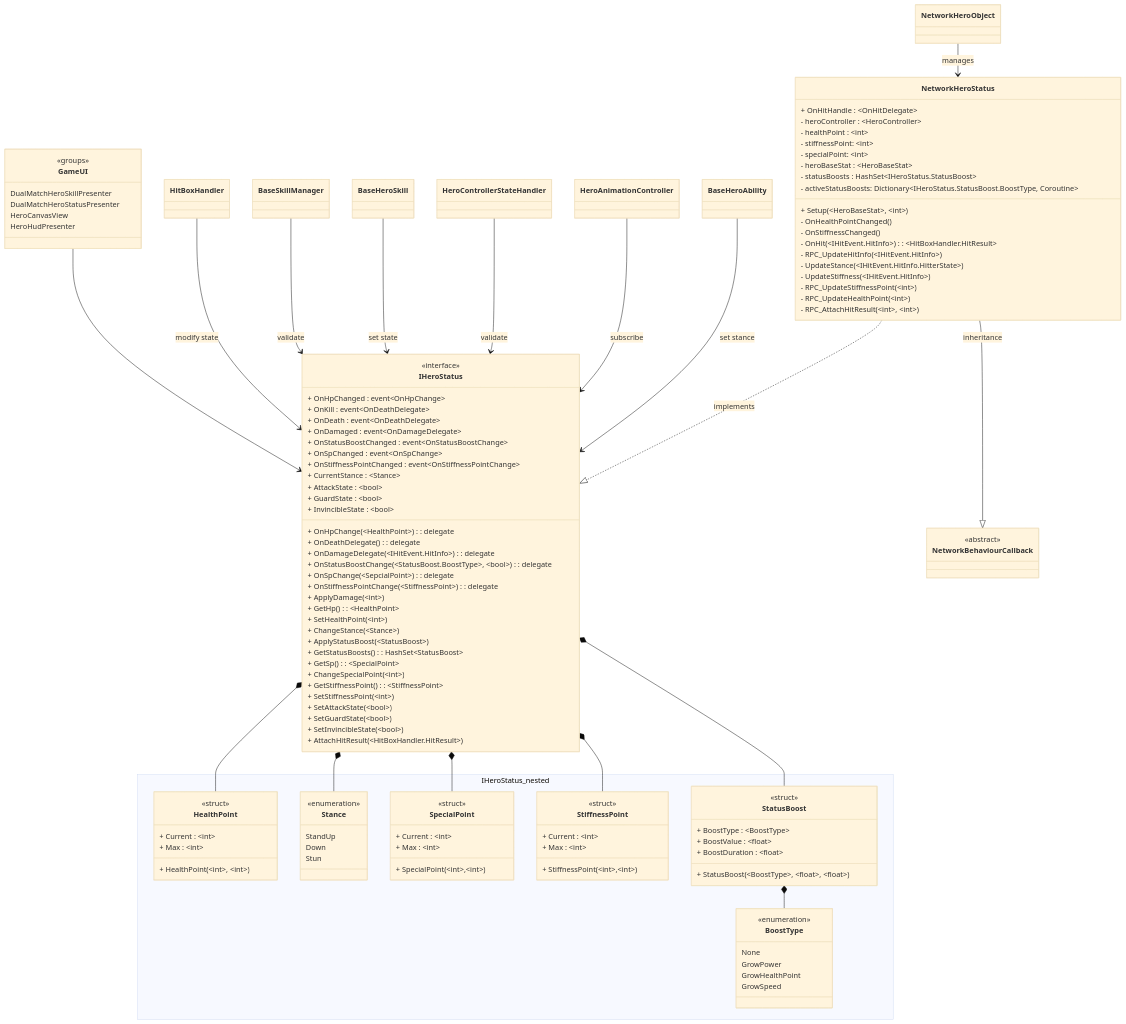
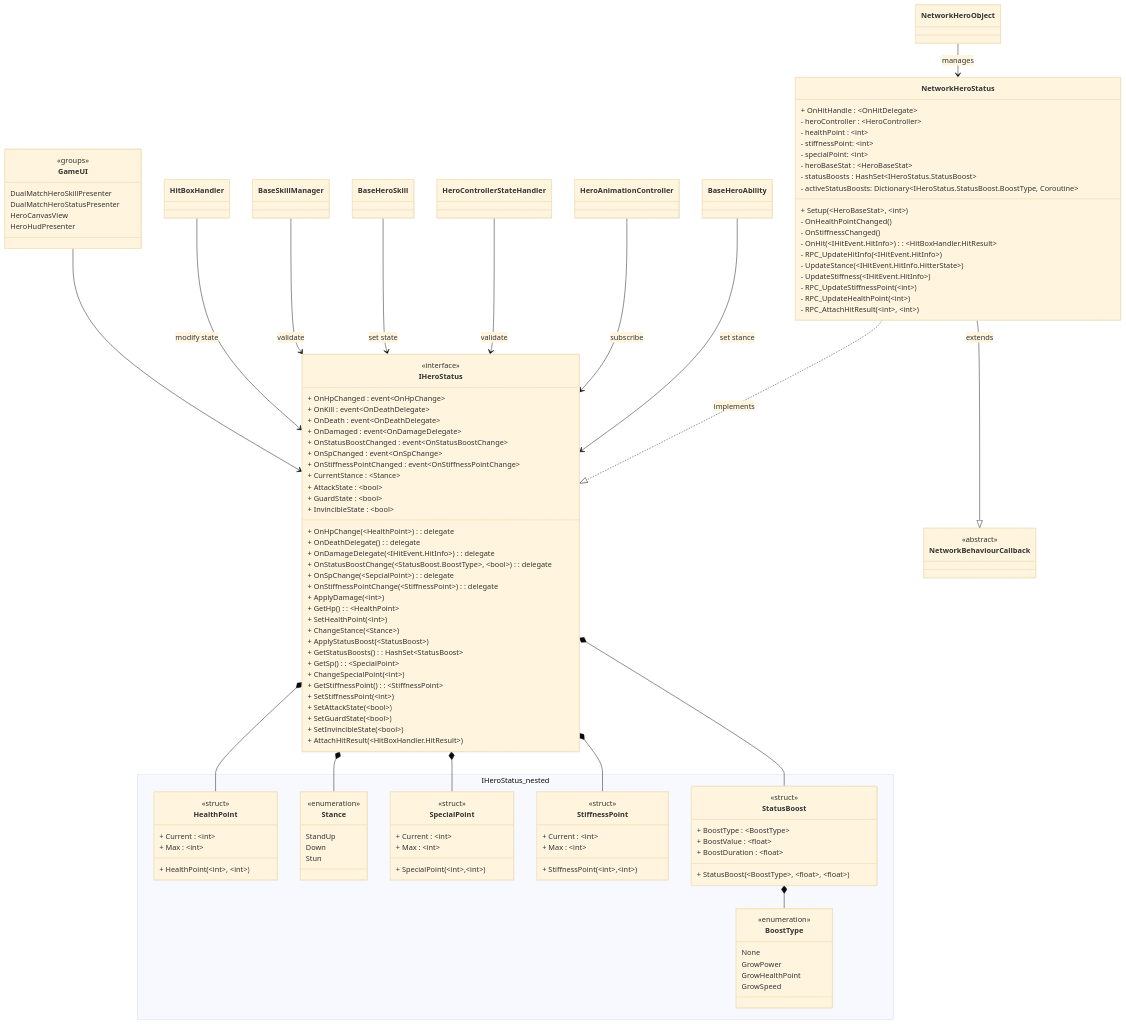
Before and after one commit to CosmicGiantKoala/CosmicGiantKoala.github.io: the third of 4 diagrams in content/docs/Projects/Rfist/HeroNetworkSystem/Overview.md, drawn with Mermaid (base theme). The commit also changed other lines of this file and 31 other files, not shown here.

```diff
--- a/content/docs/Projects/Rfist/HeroNetworkSystem/Overview.md
+++ b/content/docs/Projects/Rfist/HeroNetworkSystem/Overview.md
@@ -422,7 +428,7 @@
         - RPC_AttachHitResult(~int~, ~int~)
     }
     NetworkHeroStatus ..|> IHeroStatus : implements
-    NetworkHeroStatus --|> NetworkBehaviourCallback : inheritance
+    NetworkHeroStatus --|> NetworkBehaviourCallback : extends
     class NetworkBehaviourCallback{
         <<abstract>>
     }
```
